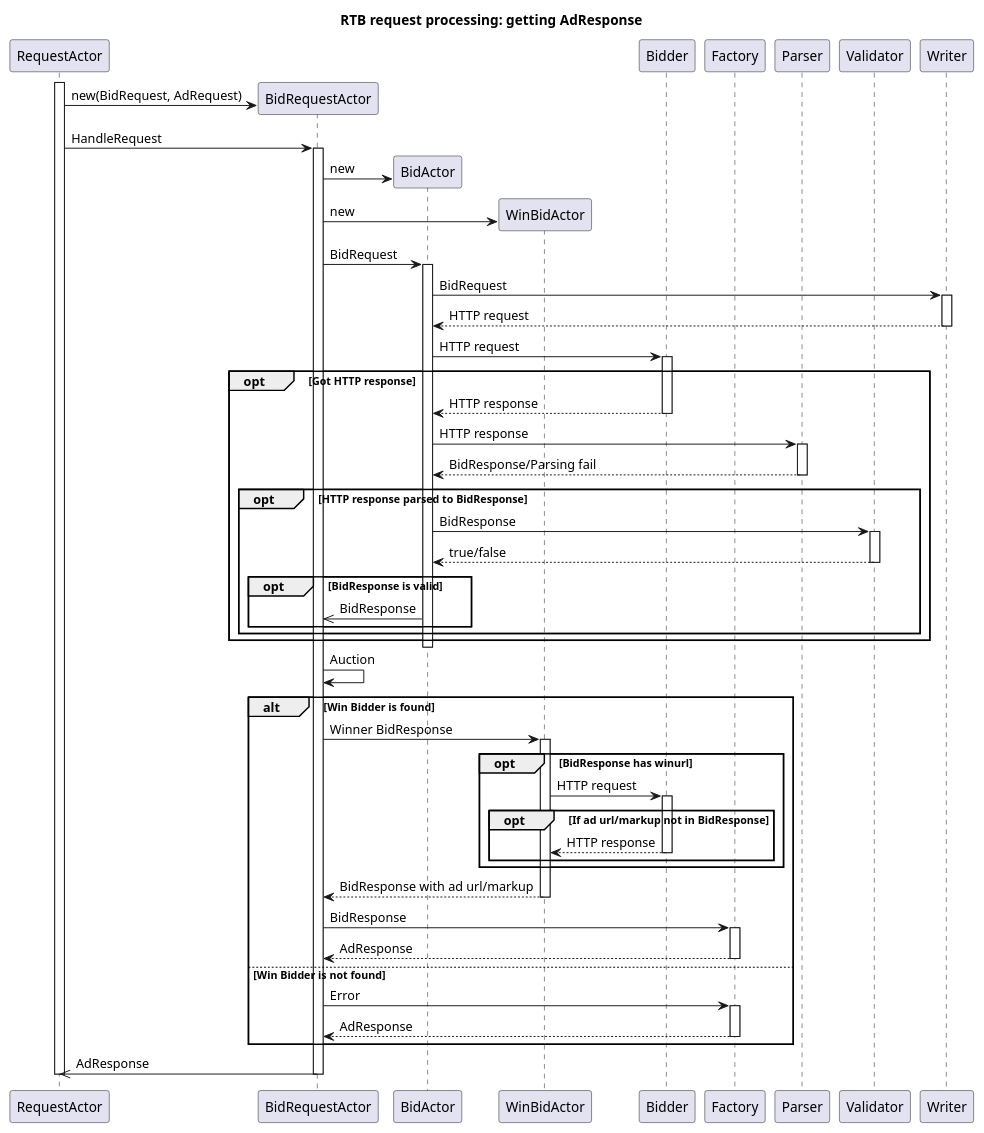
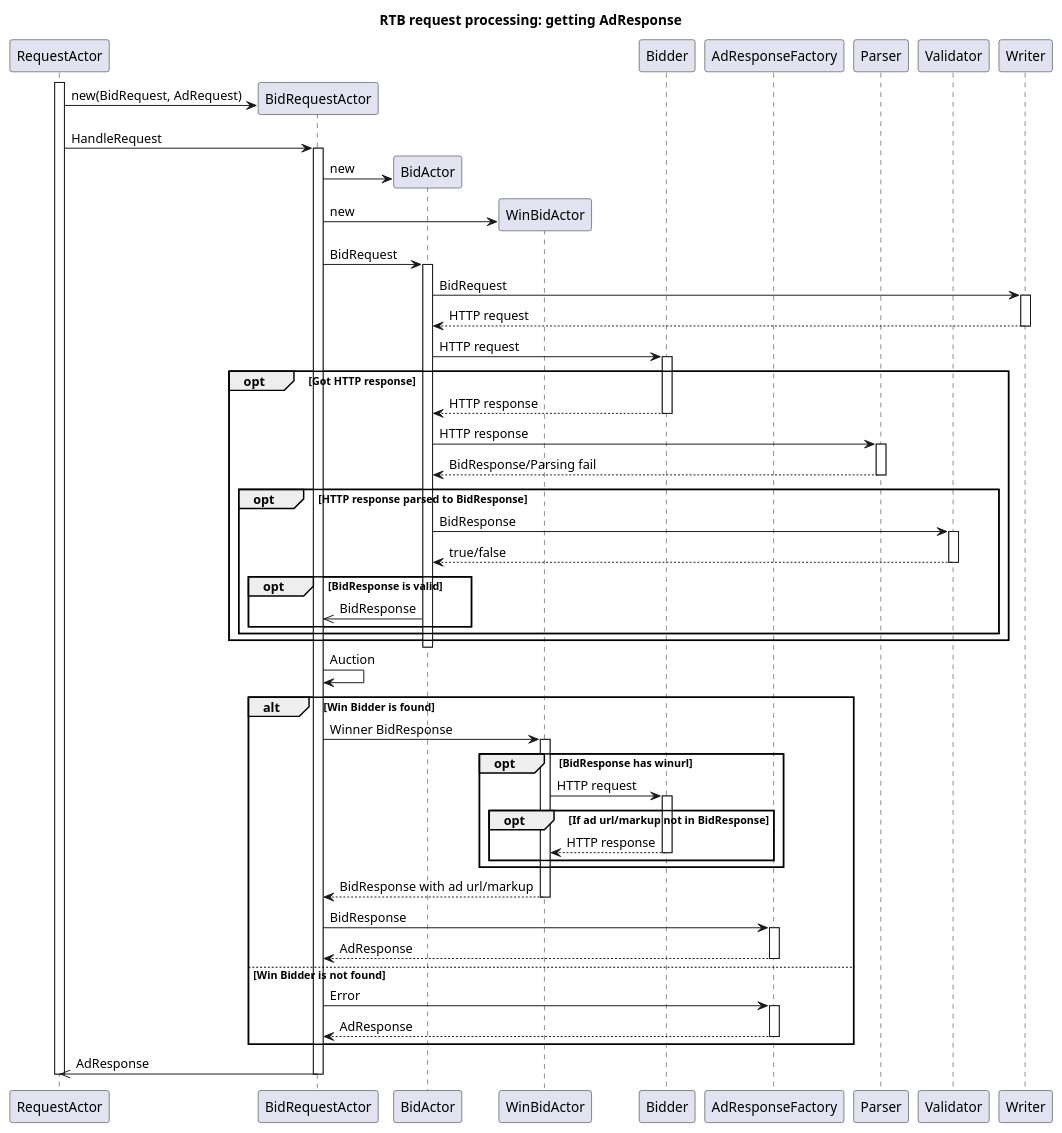
Before and after one commit to bwsw/simple-rtb-exchange: the diagram in diagrams/request_processing_getting_adresponse.puml, drawn with PlantUML. The commit also changed 1 other file, not shown here.

Commit message:
develop - diagrams changed

```diff
--- a/diagrams/request_processing_getting_adresponse.puml
+++ b/diagrams/request_processing_getting_adresponse.puml
@@ -1,92 +1,92 @@
 @startuml
 
 title RTB request processing: getting AdResponse
 
 participant RequestActor
 participant BidRequestActor
 participant BidActor
 participant WinBidActor
 participant Bidder
-participant Factory
+participant AdResponseFactory
 participant Parser
 participant Validator
 participant Writer
 
 activate RequestActor
 
 
 create BidRequestActor
 RequestActor -> BidRequestActor: new(BidRequest, AdRequest)
 RequestActor -> BidRequestActor: HandleRequest
 activate BidRequestActor
 
 create BidActor
 BidRequestActor -> BidActor: new
 
 create WinBidActor
 BidRequestActor -> WinBidActor: new
 
 BidRequestActor -> BidActor: BidRequest
 activate BidActor
 BidActor -> Writer: BidRequest
 activate Writer
 Writer --> BidActor: HTTP request
 deactivate Writer
 
 BidActor -> Bidder: HTTP request
 activate Bidder
 opt Got HTTP response
     BidActor <-- Bidder: HTTP response
     deactivate Bidder
 
     BidActor -> Parser: HTTP response
     activate Parser
 
     BidActor <-- Parser: BidResponse/Parsing fail
     deactivate Parser
     opt HTTP response parsed to BidResponse
         BidActor -> Validator: BidResponse
         activate Validator
         BidActor <-- Validator: true/false
         deactivate Validator
         opt BidResponse is valid
             BidRequestActor <<- BidActor: BidResponse
         end
     end
 end
 
 deactivate BidActor
     
 BidRequestActor -> BidRequestActor: Auction
 
 alt Win Bidder is found
     BidRequestActor -> WinBidActor: Winner BidResponse
     activate WinBidActor
     opt BidResponse has winurl
         WinBidActor -> Bidder: HTTP request
         activate Bidder
         opt If ad url/markup not in BidResponse
             WinBidActor <-- Bidder: HTTP response
             deactivate Bidder
         end
     end
     BidRequestActor <-- WinBidActor: BidResponse with ad url/markup
     deactivate WinBidActor
 
-    BidRequestActor -> Factory: BidResponse
-    activate Factory
-    BidRequestActor <-- Factory: AdResponse
-    deactivate Factory
+    BidRequestActor -> AdResponseFactory: BidResponse
+    activate AdResponseFactory
+    BidRequestActor <-- AdResponseFactory: AdResponse
+    deactivate AdResponseFactory
 
 else Win Bidder is not found
-    BidRequestActor -> Factory: Error
-    activate Factory
-    BidRequestActor <-- Factory: AdResponse
-    deactivate Factory
+    BidRequestActor -> AdResponseFactory: Error
+    activate AdResponseFactory
+    BidRequestActor <-- AdResponseFactory: AdResponse
+    deactivate AdResponseFactory
 end
 
 BidRequestActor ->> RequestActor: AdResponse
 deactivate BidRequestActor
 deactivate RequestActor
 
 @enduml
```
